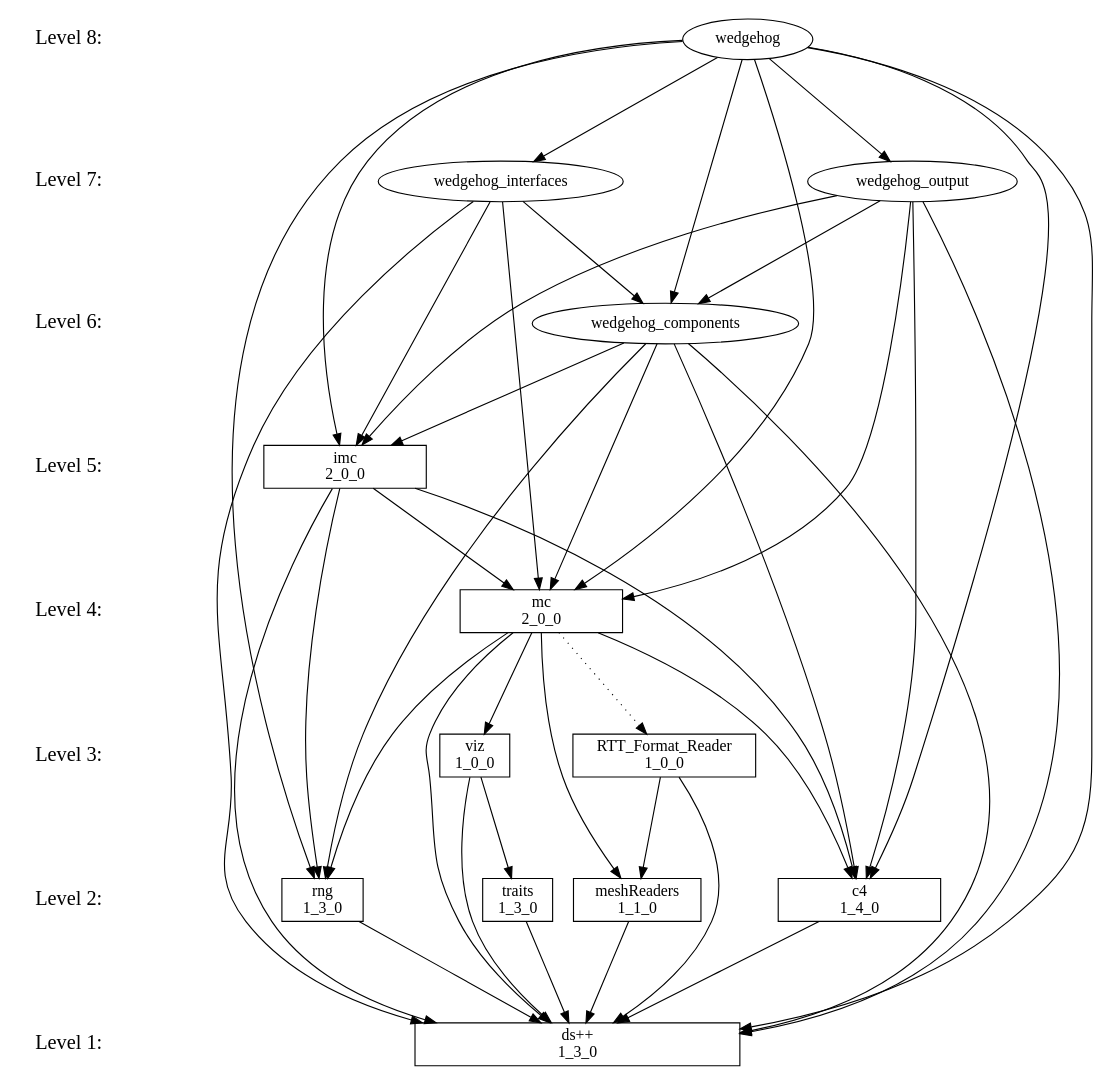
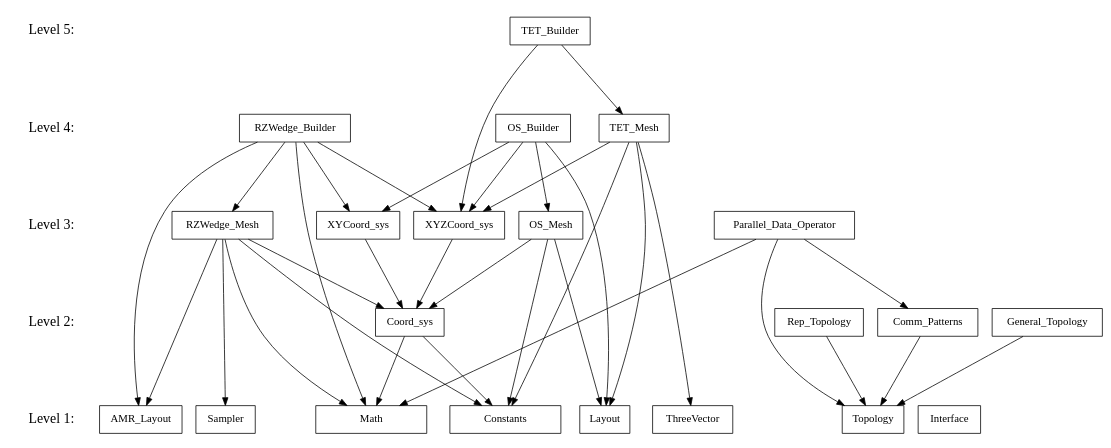
One commit to losalamos/Draco changed the diagram in src/mc/doc/level.dot. Above: the diagram before and after it, drawn with Graphviz. The commit also changed 1 other file, not shown here.

Commit message:
Added mc package levelization diagram.
QED

```diff
--- a/src/mc/doc/level.dot
+++ b/src/mc/doc/level.dot
@@ -1,91 +1,67 @@
-digraph wedgehog_level {
+digraph mc_package_level {
     /* graph attributes */
     center=1;
     size="8,14";
     ranksep=1.25;
     
     /* levels */
     level1 [shape=plaintext, label="Level 1:", fontsize=18];
     level2 [shape=plaintext, label="Level 2:", fontsize=18];
     level3 [shape=plaintext, label="Level 3:", fontsize=18];
     level4 [shape=plaintext, label="Level 4:", fontsize=18];
     level5 [shape=plaintext, label="Level 5:", fontsize=18];
-    level6 [shape=plaintext, label="Level 6:", fontsize=18];
-    level7 [shape=plaintext, label="Level 7:", fontsize=18];
-    level8 [shape=plaintext, label="Level 8:", fontsize=18];
     
-    level8 -> level7 -> level6 -> level5 -> level4 -> level3 -> level2 ->
-	level1 [style=invis];   
+    level5 -> level4 -> level3 -> level2 -> level1 [style=invis];   
 
-    /* draco packages */
+    /* mc components */
 	
     /* level 1 */
-    dsxx [width=4, shape=box, label="ds++\n 1_3_0"];
+    amr_layout    [shape=box, label="AMR_Layout"];
+    comm_patterns [shape=box, label="Comm_Patterns"];
+    constants     [width=2,   shape=box, label="Constants"];
+    coord_sys     [shape=box, label="Coord_sys"];
+    gen_top       [shape=box, label="General_Topology"];
+    interface     [shape=box, label="Interface"];
+    layout        [shape=box, label="Layout"];
+    math          [width=2,   shape=box, label="Math"];
+    os_builder    [shape=box, label="OS_Builder"];
+    os_mesh       [shape=box, label="OS_Mesh"];
+    p_data_op     [shape=box, label="Parallel_Data_Operator"];
+    topology      [shape=box, label="Topology"];
+    rzwedge_build [shape=box, label="RZWedge_Builder"];
+    rzwedge_mesh  [shape=box, label="RZWedge_Mesh"];
+    rep_top       [shape=box, label="Rep_Topology"];
+    sampler       [shape=box, label="Sampler"];
+    tet_builder   [shape=box, label="TET_Builder"];
+    tet_mesh      [shape=box, label="TET_Mesh"];
+    threevec      [shape=box, label="ThreeVector"];
+    xycoord       [shape=box, label="XYCoord_sys"];
+    xyzcoord      [shape=box, label="XYZCoord_sys"];
     
-    /* level 2 */
-    c4 [width=2, shape=box, label="c4\n 1_4_0"];
-    rng [width=1, shape=box, label="rng\n 1_3_0"];
-    traits [shape=box, label="traits\n 1_3_0"];
-    meshReaders [shape=box, label="meshReaders\n 1_1_0"];
+    /* Levelization diagram */
 
-    /* level 3 */
-    viz [shape=box, label="viz\n 1_0_0"];
-    rttReader [shape=box, label="RTT_Format_Reader\n 1_0_0"];
+    comm_patterns -> {topology};
+    gen_top -> {topology};
+    rep_top -> {topology};
+    coord_sys -> {constants math};
     
-    /* level 4 */
-    mc [width=2, shape=box, label="mc\n 2_0_0"];
+    xycoord -> {coord_sys};
+    xyzcoord -> {coord_sys};
+    os_mesh -> {constants coord_sys layout};
+    p_data_op -> {math topology comm_patterns};
+    rzwedge_mesh -> {constants coord_sys amr_layout math sampler};
     
-    /* level 5 */
-    imc [width=2, shape=box, label="imc\n 2_0_0"];
-	
-    /* wedgehog packages */
+    tet_mesh -> {constants threevec xyzcoord layout};
+    os_builder -> {xycoord xyzcoord layout os_mesh};
+    rzwedge_build -> {xycoord xyzcoord math amr_layout rzwedge_mesh};
     
-    /* level 6 */
-    whogCom [label="wedgehog_components"];
-
-    /* level 7 */
-    whogInt [label="wedgehog_interfaces"];
-    whogOut [label="wedgehog_output"];
-
-    /* level 8 */
-    whog [label="wedgehog"];
-
-    /* Levelization diagram */
-	
-    /* level 2 */
-    rng -> dsxx;
-    c4 -> dsxx;
-    traits -> dsxx;
-    meshReaders -> dsxx;
-	
-    /* level 3 */
-    viz -> {traits dsxx};
-    rttReader -> {meshReaders dsxx};
-	
-    /* level 4 */
-    mc -> {viz meshReaders c4 rng dsxx};
-    mc -> rttReader [style=dotted];
-	
-    /* level 5 */
-    imc -> {mc rng c4 dsxx};
-    
-    /* level 6 */
-    whogCom -> {imc mc c4 rng dsxx};
-
-    /* level 7 */
-    whogInt -> {whogCom imc mc dsxx};
-    whogOut -> {whogCom imc mc c4 dsxx};
-
-    /* level 8 */
-    whog -> {whogCom whogOut whogInt imc mc rng dsxx c4};
+    tet_builder -> {xyzcoord tet_mesh};
     
     /* dependencies */
-    {rank=same; level1 dsxx};
-    {rank=same; level2 c4 rng traits meshReaders};
-    {rank=same; level3 viz rttReader};
-    {rank=same; level4 mc};
-    {rank=same; level5 imc};
-    {rank=same; level6 whogCom};
-    {rank=same; level7 whogInt whogOut};
-    {rank=same; level8 whog};
+    {rank=same; level1 amr_layout constants interface layout math topology
+		    sampler threevec};
+    {rank=same; level2 comm_patterns gen_top rep_top coord_sys};
+    {rank=same; level3 xycoord xyzcoord os_mesh p_data_op rzwedge_mesh};
+    {rank=same; level4 tet_mesh os_builder rzwedge_build};
+    {rank=same; level5 tet_builder};
 }
```
